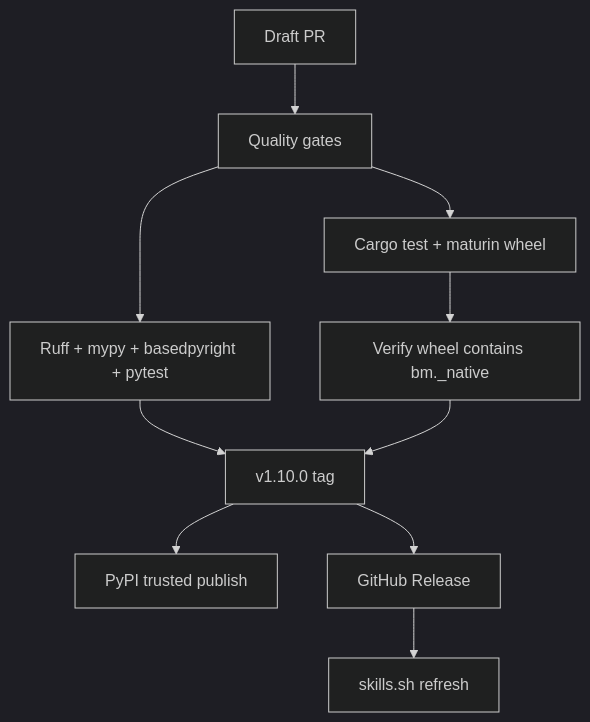
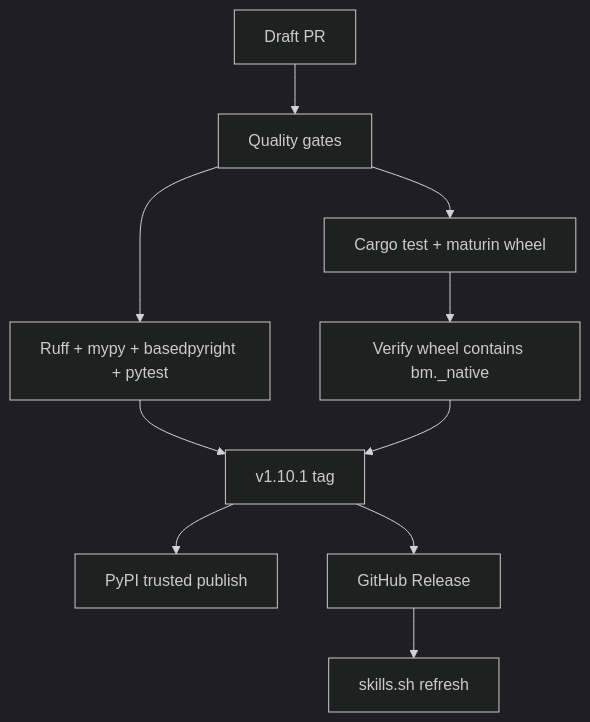
The second of 2 diagrams in README.md (Benmore-Studio/Benmore-Meridian), drawn with Mermaid (dark theme) before and after one commit. The commit also changed other lines of this file and 6 other files, not shown here.

````diff
--- a/README.md
+++ b/README.md
@@ -87,12 +87,12 @@
 ```mermaid
 flowchart TD
     pr[Draft PR] --> gates[Quality gates]
     gates --> python[Ruff + mypy + basedpyright + pytest]
     gates --> rust[Cargo test + maturin wheel]
     rust --> verify[Verify wheel contains bm._native]
-    python --> tag[v1.10.0 tag]
+    python --> tag[v1.10.1 tag]
     verify --> tag
     tag --> publish[PyPI trusted publish]
     tag --> release[GitHub Release]
     release --> skills[skills.sh refresh]
 ```
````
